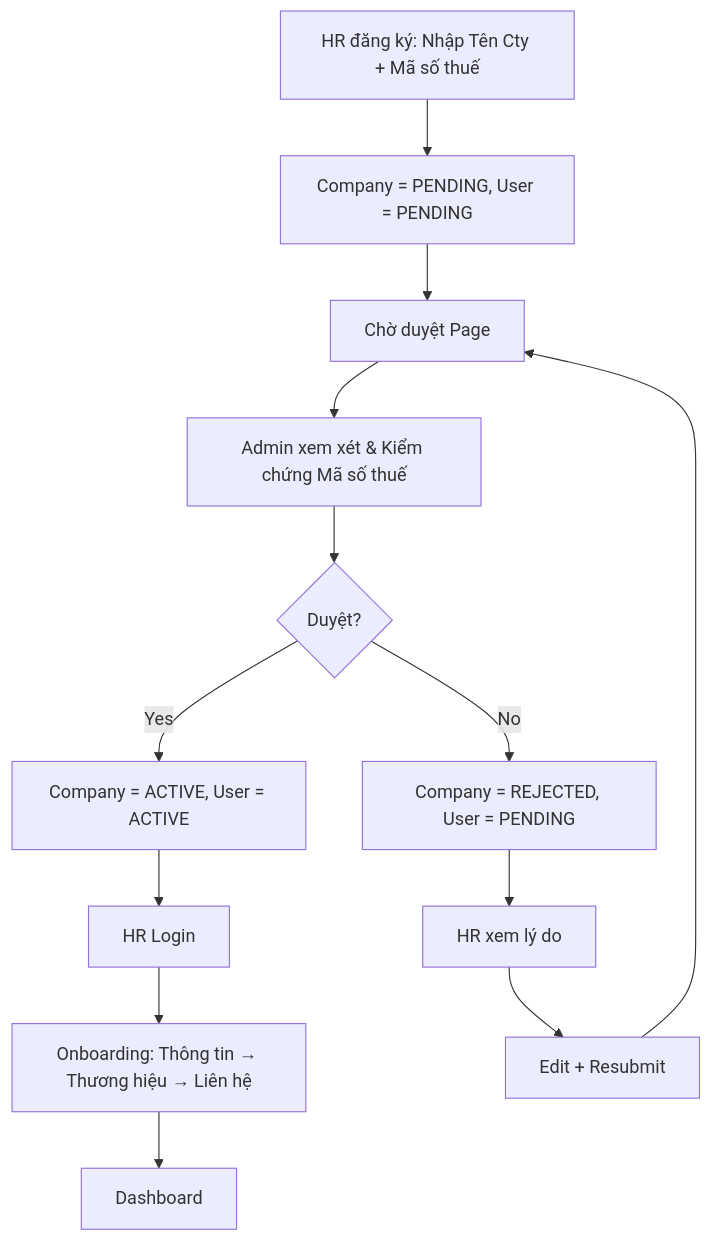
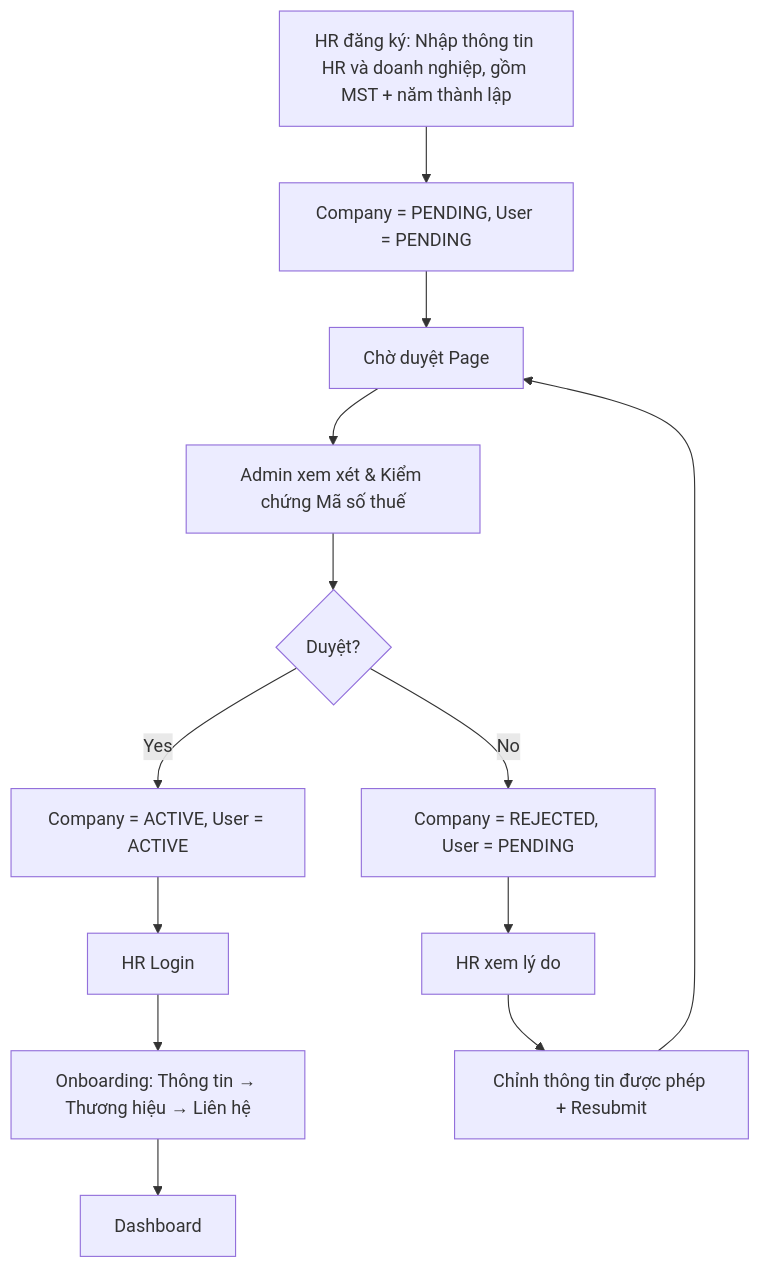
One commit to VanHaPtit/EasyTech_FE changed the diagram in nghiep_vu/epic-01_Authentication_Onboarding/brief.md. Above: the diagram before and after it, drawn with Mermaid. The commit also changed other lines of this file and 13 other files, not shown here.

Commit message:
docs(contract): chốt thông tin cố định và hồ sơ doanh nghiệp

````diff
--- a/nghiep_vu/epic-01_Authentication_Onboarding/brief.md
+++ b/nghiep_vu/epic-01_Authentication_Onboarding/brief.md
@@ -26,15 +26,15 @@
 ```mermaid
 graph TD
-  A[HR đăng ký: Nhập Tên Cty + Mã số thuế] --> B[Company = PENDING, User = PENDING]
+  A[HR đăng ký: Nhập thông tin HR và doanh nghiệp, gồm MST + năm thành lập] --> B[Company = PENDING, User = PENDING]
   B --> C[Chờ duyệt Page]
   C --> D[Admin xem xét & Kiểm chứng Mã số thuế]
   D --> E{Duyệt?}
   E -- Yes --> F[Company = ACTIVE, User = ACTIVE]
   F --> G[HR Login]
   G --> H[Onboarding: Thông tin → Thương hiệu → Liên hệ]
   H --> I[Dashboard]
   E -- No --> J[Company = REJECTED, User = PENDING]
   J --> K[HR xem lý do]
-  K --> L[Edit + Resubmit]
+  K --> L[Chỉnh thông tin được phép + Resubmit]
   L --> C
 ```
````
